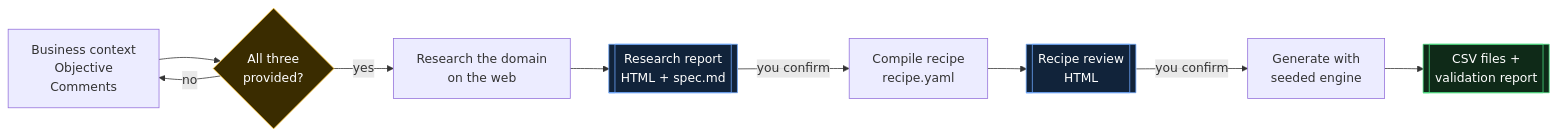
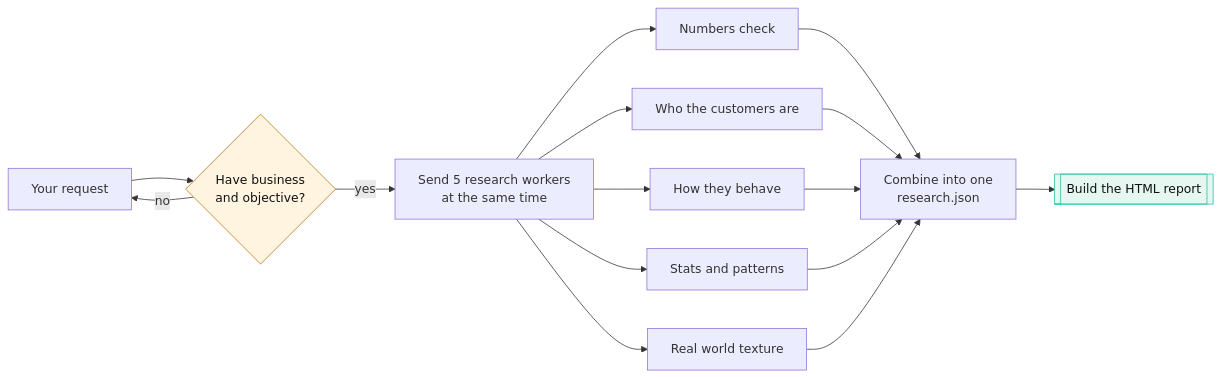
One commit to harishmathh/datagen-plugin changed the second of 5 diagrams in README.md. Above: the diagram before and after it, drawn with Mermaid. The commit also changed other lines of this file and 20 other files, not shown here.

````diff
--- a/README.md
+++ b/README.md
@@ -13,15 +63,19 @@
 ```mermaid
 flowchart LR
-    A[Business context<br/>Objective<br/>Comments] --> B{All three<br/>provided?}
-    B -- no --> A
-    B -- yes --> C[Research the domain<br/>on the web]
-    C --> D[[Research report<br/>HTML + spec.md]]
-    D -- you confirm --> E[Compile recipe<br/>recipe.yaml]
-    E --> F[[Recipe review<br/>HTML]]
-    F -- you confirm --> G[Generate with<br/>seeded engine]
-    G --> H[[CSV files +<br/>validation report]]
-    style B fill:#3a2c00,stroke:#fbbf24,color:#fff
-    style D fill:#11233a,stroke:#6ea8fe,color:#fff
-    style F fill:#11233a,stroke:#6ea8fe,color:#fff
-    style H fill:#0f2a18,stroke:#4ade80,color:#fff
+    Q[Your request] --> R{Have business<br/>and objective?}
+    R -- no --> Q
+    R -- yes --> F[Send 5 research workers<br/>at the same time]
+    F --> W1[Numbers check]
+    F --> W2[Who the customers are]
+    F --> W3[How they behave]
+    F --> W4[Stats and patterns]
+    F --> W5[Real world texture]
+    W1 --> M[Combine into one<br/>research.json]
+    W2 --> M
+    W3 --> M
+    W4 --> M
+    W5 --> M
+    M --> H[[Build the HTML report]]
+    style H fill:#e6f7f1,stroke:#22c1a4,color:#111
+    style R fill:#fff4e0,stroke:#b5760a,color:#111
 ```
````
